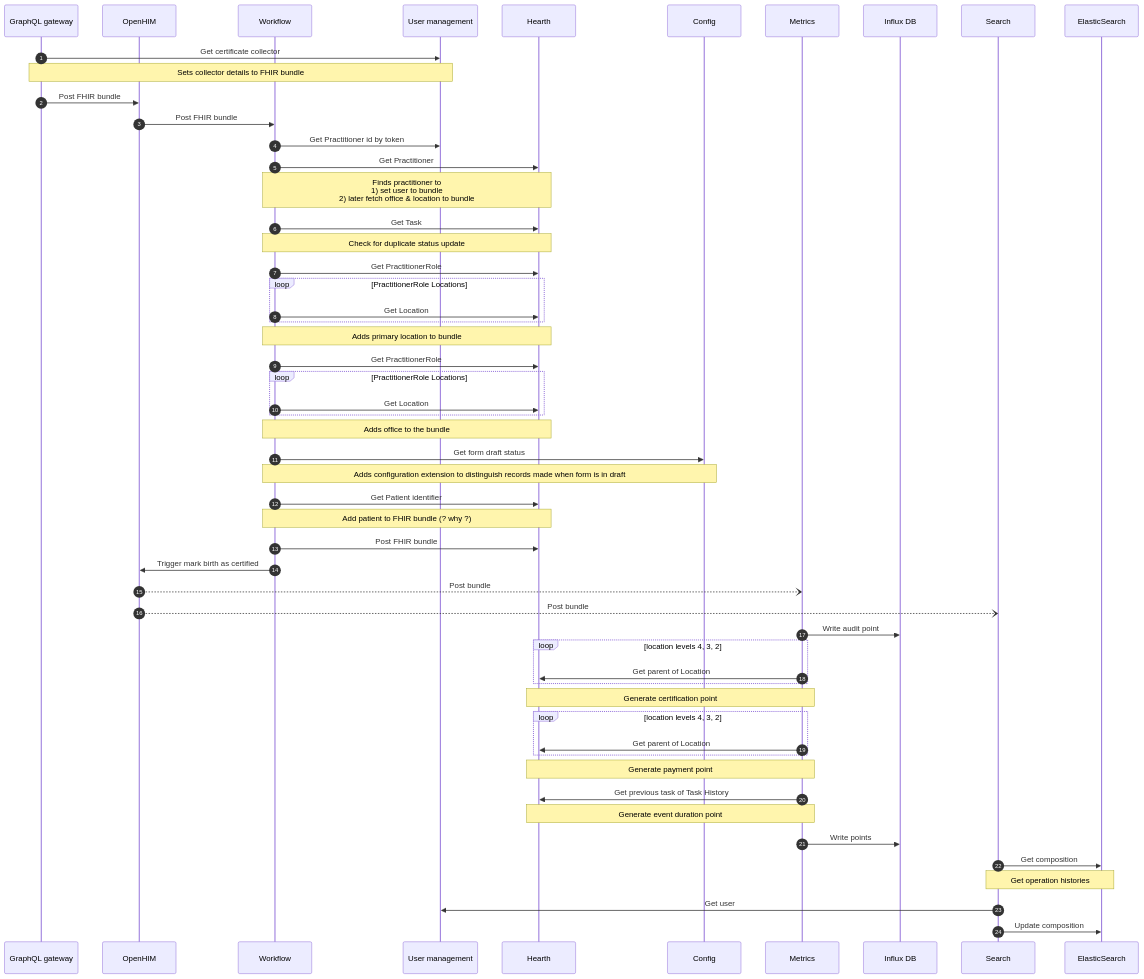
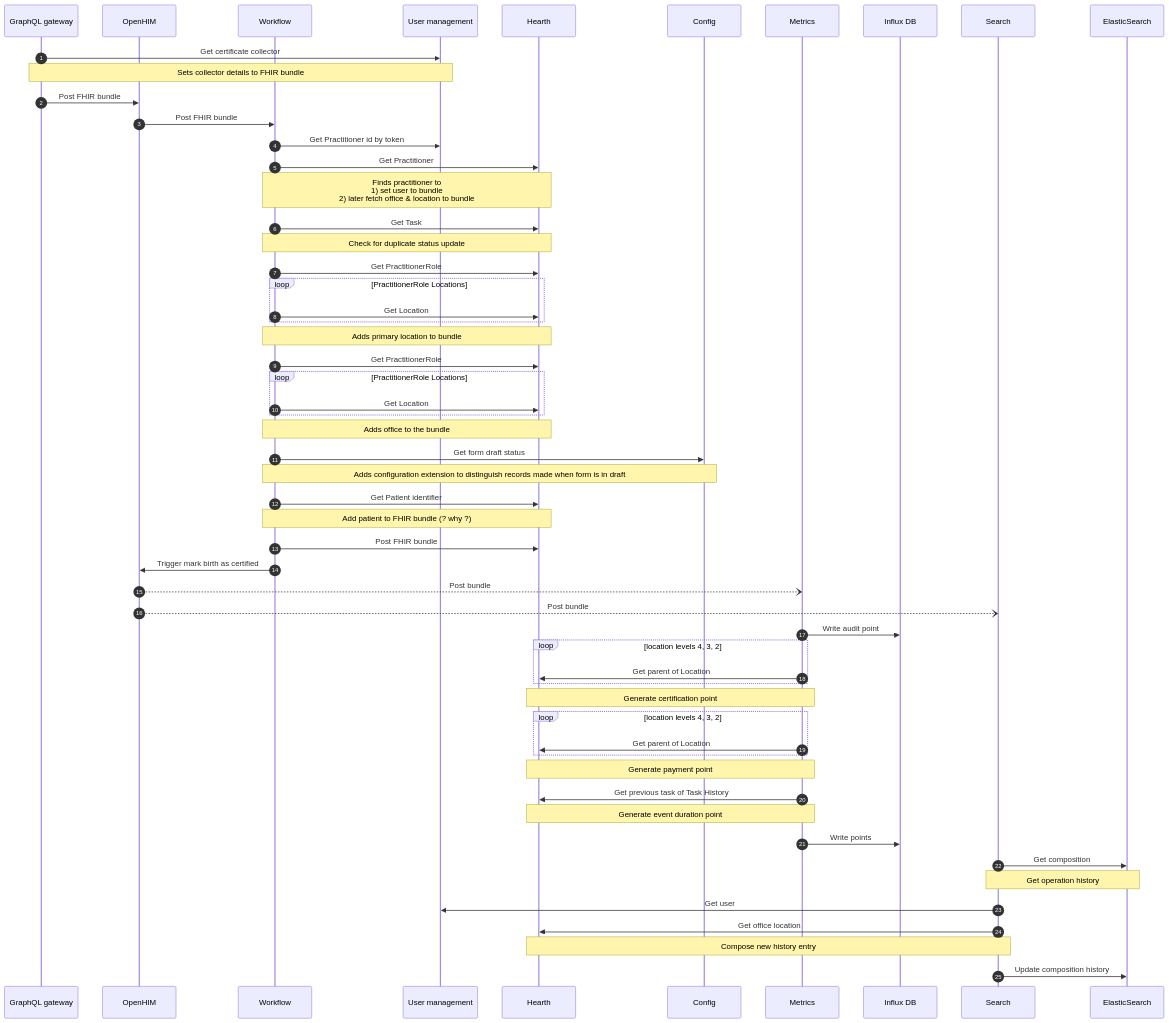
Before and after one commit to opencrvs/opencrvs-core: the diagram in documentation/mark-birth-as-certified.md, drawn with Mermaid.

Commit message:
Update with getting office location

````diff
--- a/documentation/mark-birth-as-certified.md
+++ b/documentation/mark-birth-as-certified.md
@@ -3,73 +3,76 @@
 ```mermaid
 sequenceDiagram
     autonumber
     participant GraphQL gateway
     participant OpenHIM
     participant Workflow
     participant User management
     participant Hearth
     participant Config
     participant Metrics
     participant Influx DB
     participant Search
     participant ElasticSearch
 
     GraphQL gateway->>User management: Get certificate collector
     Note over GraphQL gateway,User management: Sets collector details to FHIR bundle
 
     GraphQL gateway->>OpenHIM: Post FHIR bundle
     OpenHIM->>Workflow: Post FHIR bundle
     Workflow->>User management: Get Practitioner id by token
     Workflow->>Hearth: Get Practitioner
     Note over Workflow,Hearth: Finds practitioner to<br />1) set user to bundle<br />2) later fetch office & location to bundle
 
     Workflow->>Hearth: Get Task
     Note over Workflow,Hearth: Check for duplicate status update
 
     Workflow->>Hearth: Get PractitionerRole
     loop PractitionerRole Locations
         Workflow->>Hearth: Get Location
     end
     Note over Workflow,Hearth: Adds primary location to bundle
 
 
     Workflow->>Hearth: Get PractitionerRole
     loop PractitionerRole Locations
         Workflow->>Hearth: Get Location
     end
     Note over Workflow,Hearth: Adds office to the bundle
 
     Workflow->>Config: Get form draft status
     Note over Workflow,Config: Adds configuration extension to distinguish records made when form is in draft
 
     Workflow->>Hearth: Get Patient identifier
     Note over Workflow,Hearth: Add patient to FHIR bundle (? why ?)
 
     Workflow->>Hearth: Post FHIR bundle
     Workflow->>OpenHIM: Trigger mark birth as certified
     OpenHIM--)Metrics: Post bundle
     OpenHIM--)Search: Post bundle
     Metrics->>Influx DB: Write audit point
 
     loop location levels 4, 3, 2
         Metrics->>Hearth: Get parent of Location
     end
     Note over Metrics,Hearth: Generate certification point
 
     loop location levels 4, 3, 2
         Metrics->>Hearth: Get parent of Location
     end
     Note over Metrics,Hearth: Generate payment point
 
     Metrics->>Hearth: Get previous task of Task History
     Note over Metrics,Hearth: Generate event duration point
 
     Metrics->>Influx DB: Write points
 
     Search->>ElasticSearch: Get composition
-    Note over Search,ElasticSearch: Get operation histories
+    Note over Search,ElasticSearch: Get operation history
 
     Search->>User management: Get user
-    Search->>ElasticSearch: Update composition
 
+    Search->>Hearth: Get office location
+    Note over Search,Hearth: Compose new history entry
+
+    Search->>ElasticSearch: Update composition history
 ```
````
